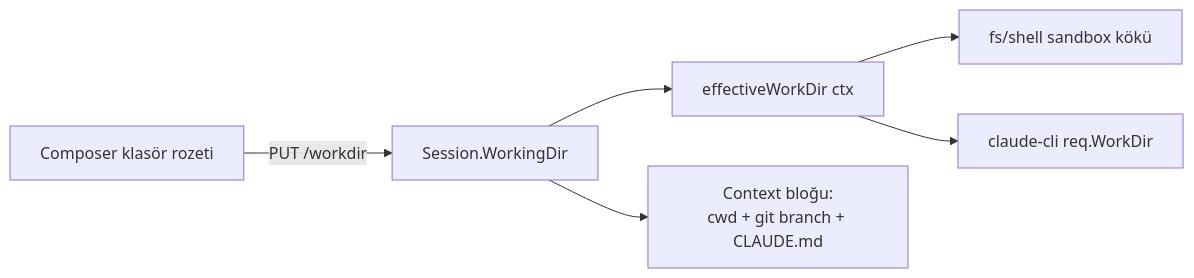
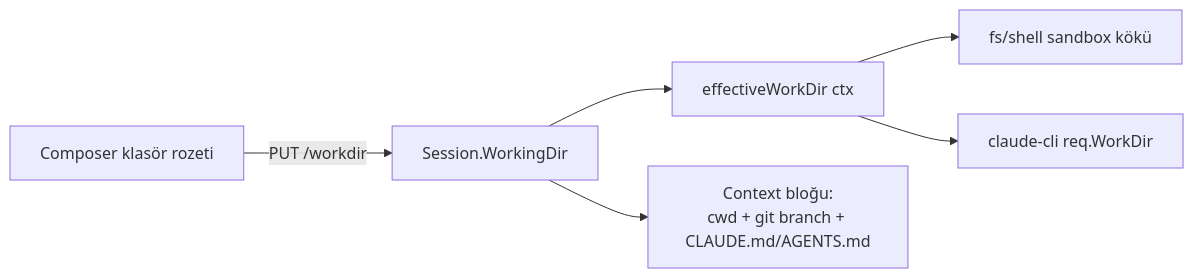
Before and after one commit to bilal-arikan/tionharness: the diagram in _Docs/26-CALISMA-DIZINI.md, drawn with Mermaid. The commit also changed other lines of this file and 15 other files, not shown here.

````diff
--- a/_Docs/26-CALISMA-DIZINI.md
+++ b/_Docs/26-CALISMA-DIZINI.md
@@ -32,8 +36,8 @@
 ```mermaid
 graph LR
     A[Composer klasör rozeti] -->|PUT /workdir| B[Session.WorkingDir]
     B --> C[effectiveWorkDir ctx]
     C --> D[fs/shell sandbox kökü]
     C --> E[claude-cli req.WorkDir]
-    B --> F[Context bloğu:<br/>cwd + git branch + CLAUDE.md]
+    B --> F[Context bloğu:<br/>cwd + git branch + CLAUDE.md/AGENTS.md]
 ```
````
